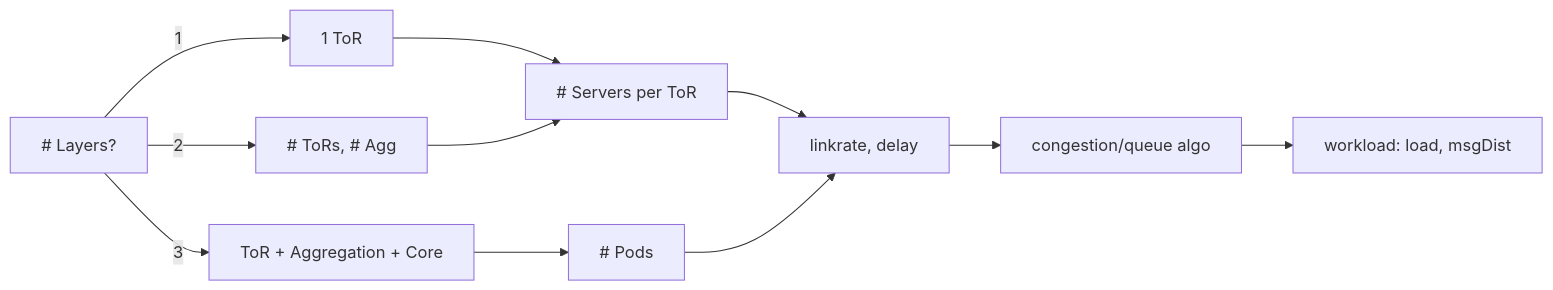
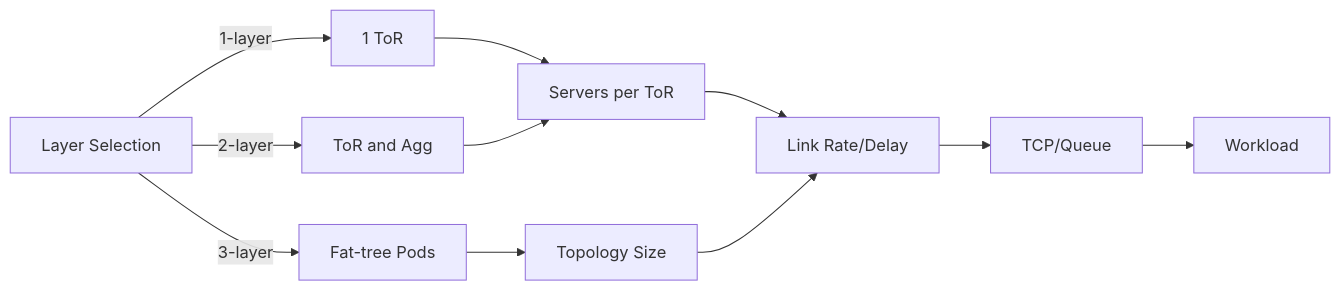
One commit to jamsamjam/nal-project changed the diagram in README.md. Above: the diagram before and after it, drawn with Mermaid.

````diff
--- a/README.md
+++ b/README.md
@@ -6,18 +6,18 @@
 ```mermaid
 flowchart LR
+    A[Layer Selection]
 
-    A[# Layers?]
+    A -->|1-layer| B1[1 ToR]
+    A -->|2-layer| B2[ToR and Agg]
+    A -->|3-layer| B3[Fat-tree Pods]
 
-    A -->|1| L1[1 ToR]
-    L1 --> L1S[# Servers per ToR]
-    L1S --> D[linkrate, delay]
-    D --> C[congestion/queue algo]
-    C --> W[workload: load, msgDist]
+    B1 --> C[Servers per ToR]
+    B2 --> C
+    B3 --> D[Topology Size]
 
-    A -->|2| L2[# ToRs, # Agg]
-    L2 --> L1S
+    C --> E[Link Rate/Delay]
+    D --> E
 
-    A -->|3| L3[ToR + Aggregation + Core]
-    L3 --> L3N[# Pods]
-    L3N --> D
+    E --> F[TCP/Queue]
+    F --> G[Workload]
 ```
````
